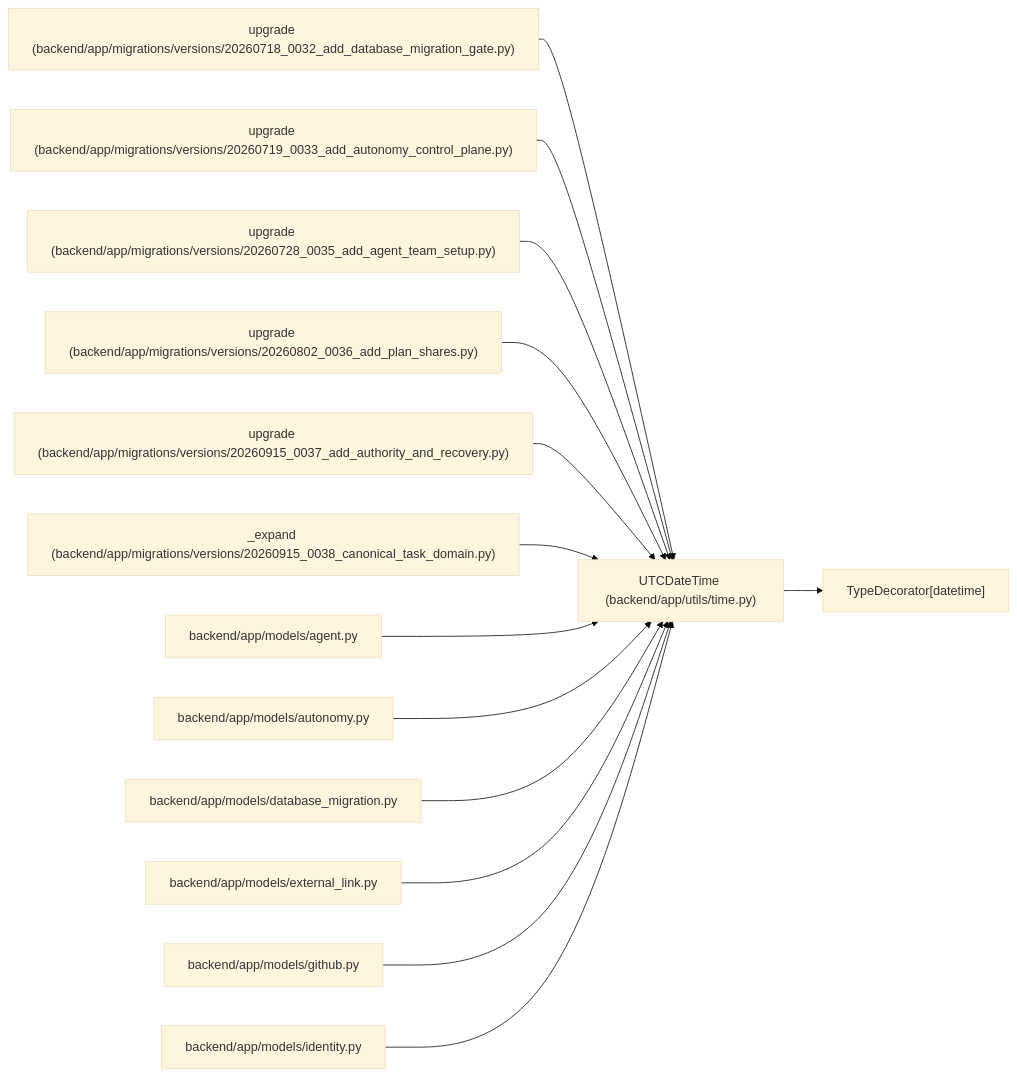
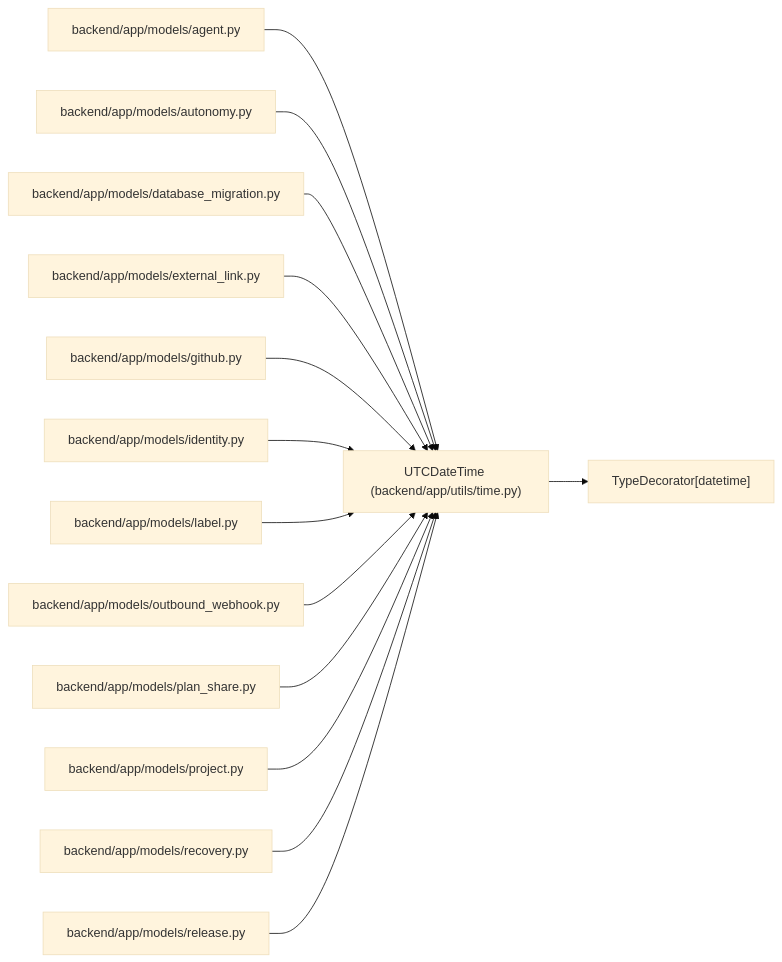
Before and after one commit to Denissvgn/WorkChord: the diagram in docs/llm_wiki/entities/UTCDateTime.md, drawn with Mermaid (base theme). The commit also changed other lines of this file and 778 other files, not shown here.

````diff
--- a/docs/llm_wiki/entities/UTCDateTime.md
+++ b/docs/llm_wiki/entities/UTCDateTime.md
@@ -31,43 +31,43 @@
 ```mermaid
 flowchart LR
     n0["UTCDateTime (backend/app/utils/time.py)"]
     n1["TypeDecorator[datetime]"]
-    n2["upgrade (backend/app/migrations/versions/20260718_0032_add_database_migration_gate.py)"]
-    n3["upgrade (backend/app/migrations/versions/20260719_0033_add_autonomy_control_plane.py)"]
-    n4["upgrade (backend/app/migrations/versions/20260728_0035_add_agent_team_setup.py)"]
-    n5["upgrade (backend/app/migrations/versions/20260802_0036_add_plan_shares.py)"]
-    n6["upgrade (backend/app/migrations/versions/20260915_0037_add_authority_and_recovery.py)"]
-    n7["_expand (backend/app/migrations/versions/20260915_0038_canonical_task_domain.py)"]
-    n8["backend/app/models/agent.py"]
-    n9["backend/app/models/autonomy.py"]
-    n10["backend/app/models/database_migration.py"]
-    n11["backend/app/models/external_link.py"]
-    n12["backend/app/models/github.py"]
-    n13["backend/app/models/identity.py"]
+    n2["backend/app/models/agent.py"]
+    n3["backend/app/models/autonomy.py"]
+    n4["backend/app/models/database_migration.py"]
+    n5["backend/app/models/external_link.py"]
+    n6["backend/app/models/github.py"]
+    n7["backend/app/models/identity.py"]
+    n8["backend/app/models/label.py"]
+    n9["backend/app/models/outbound_webhook.py"]
+    n10["backend/app/models/plan_share.py"]
+    n11["backend/app/models/project.py"]
+    n12["backend/app/models/recovery.py"]
+    n13["backend/app/models/release.py"]
     n0 --> n1
     n2 --> n0
     n3 --> n0
     n4 --> n0
     n5 --> n0
     n6 --> n0
     n7 --> n0
     n8 --> n0
     n9 --> n0
     n10 --> n0
     n11 --> n0
     n12 --> n0
     n13 --> n0
     click n0 "../modules/time.md"
-    click n2 "../modules/20260718_0032_add_database_migration_gate.md"
-    click n3 "../modules/20260719_0033_add_autonomy_control_plane.md"
-    click n4 "../modules/20260728_0035_add_agent_team_setup.md"
-    click n5 "../modules/20260802_0036_add_plan_shares.md"
-    click n6 "../modules/20260915_0037_add_authority_and_recovery.md"
-    click n7 "../modules/20260915_0038_canonical_task_domain.md"
-    click n8 "../modules/models_agent.md"
-    click n9 "../modules/models_autonomy.md"
-    click n10 "../modules/models_database_migration.md"
-    click n11 "../modules/models_external_link.md"
-    click n12 "../modules/models_github.md"
-    click n13 "../modules/models_identity.md"
+    click n2 "../modules/models_agent.md"
+    click n3 "../modules/models_autonomy.md"
+    click n4 "../modules/models_database_migration.md"
+    click n5 "../modules/models_external_link.md"
+    click n6 "../modules/models_github.md"
+    click n7 "../modules/models_identity.md"
+    click n8 "../modules/models_label.md"
+    click n9 "../modules/models_outbound_webhook.md"
+    click n10 "../modules/models_plan_share.md"
+    click n11 "../modules/models_project.md"
+    click n12 "../modules/recovery.md"
+    click n13 "../modules/models_release.md"
 ```
````
